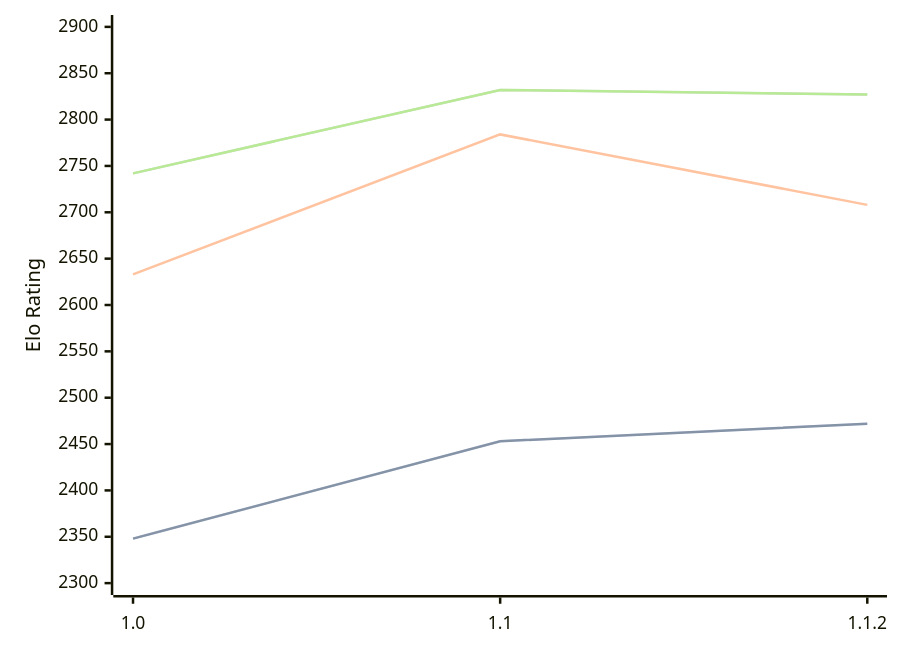
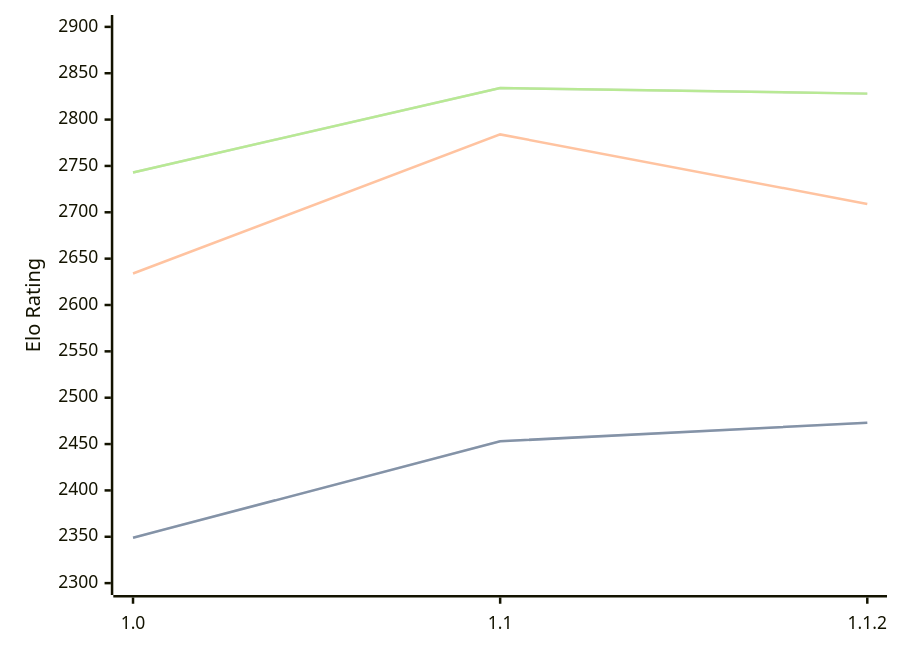
One commit to computer-chess-index/cci changed the diagram in engines/Casanchess.md. Above: the diagram before and after it, drawn with Mermaid. The commit also changed other lines of this file, not shown here.

Commit message:
Update CCI Ratings (ELO VLTC) - 2026-10-08

````diff
--- a/engines/Casanchess.md
+++ b/engines/Casanchess.md
@@ -34,11 +34,11 @@
 ```mermaid
 %%{init: {"theme":"base","themeVariables":{"seriesColors:['#a3a3a3','#222221','#faa371']}}}%%
 xychart-beta
   x-axis ["1.0", "1.1", "1.1.2"]
   y-axis "Elo Rating" 2300 --> 2900
-  line "" [2348, 2453, 2472]
-  line "STC (8.0+0.08s)" [2348, 2453, 2472]
-  line "LTC (60.0+0.60s)" [2633, 2784, 2708]
-  line "" [2742, 2832, 2827]
-  line "VLTC (2m24s+1.12s)" [2742, 2832, 2827]
+  line "" [2349, 2453, 2473]
+  line "STC (8.0+0.08s)" [2349, 2453, 2473]
+  line "LTC (60.0+0.60s)" [2634, 2784, 2709]
+  line "" [2743, 2834, 2828]
+  line "VLTC (2m24s+1.12s)" [2743, 2834, 2828]
 ```
````
